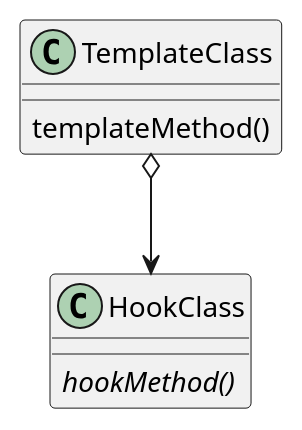
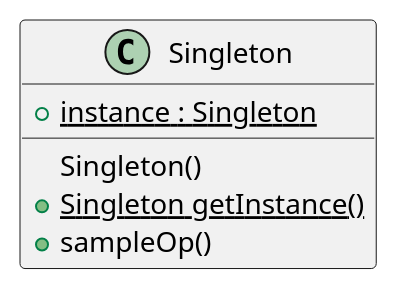
The diagram in _posts/2022-10-26-Patterns.md (MarcoBuster/sweng), drawn with PlantUML before and after one commit. The commit also changed other lines of this file and 5 other files, not shown here.

Commit message:
Refactor diagrams until 'Strategy'

```diff
--- a/_posts/2022-10-26-Patterns.md
+++ b/_posts/2022-10-26-Patterns.md
@@ -39,9 +75,8 @@
 {% plantuml %}
-class TemplateClass {
-  templateMethod()
+class Singleton {
+    + {static} instance : Singleton
+    Singleton()
+    + {static} Singleton getInstance()
+    + sampleOp()
 }
-class HookClass {
-  {abstract} hookMethod()
-}
-TemplateClass o--> HookClass 
 {% endplantuml %}
```
